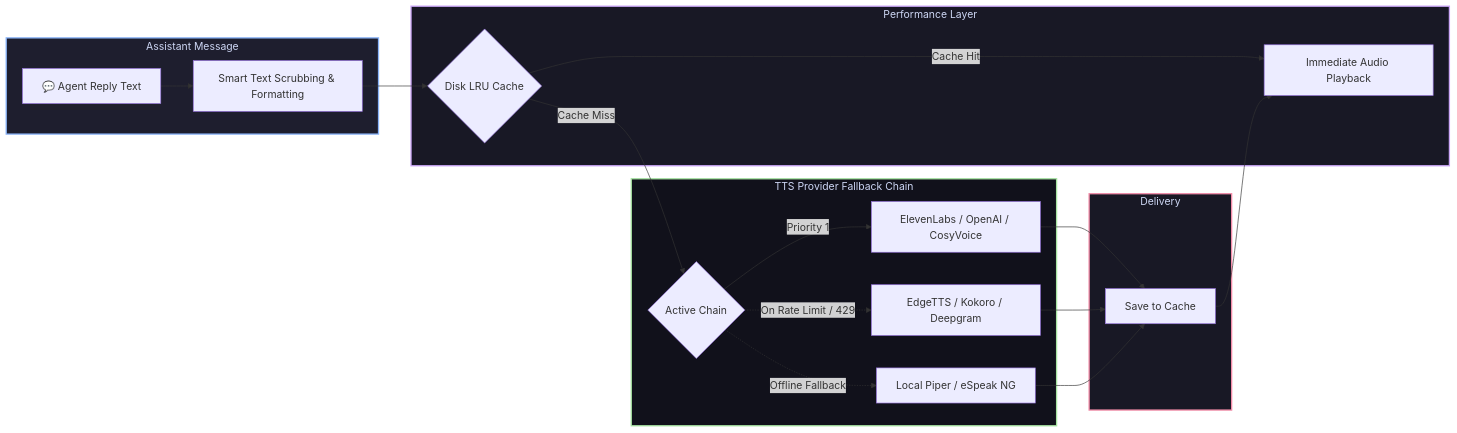
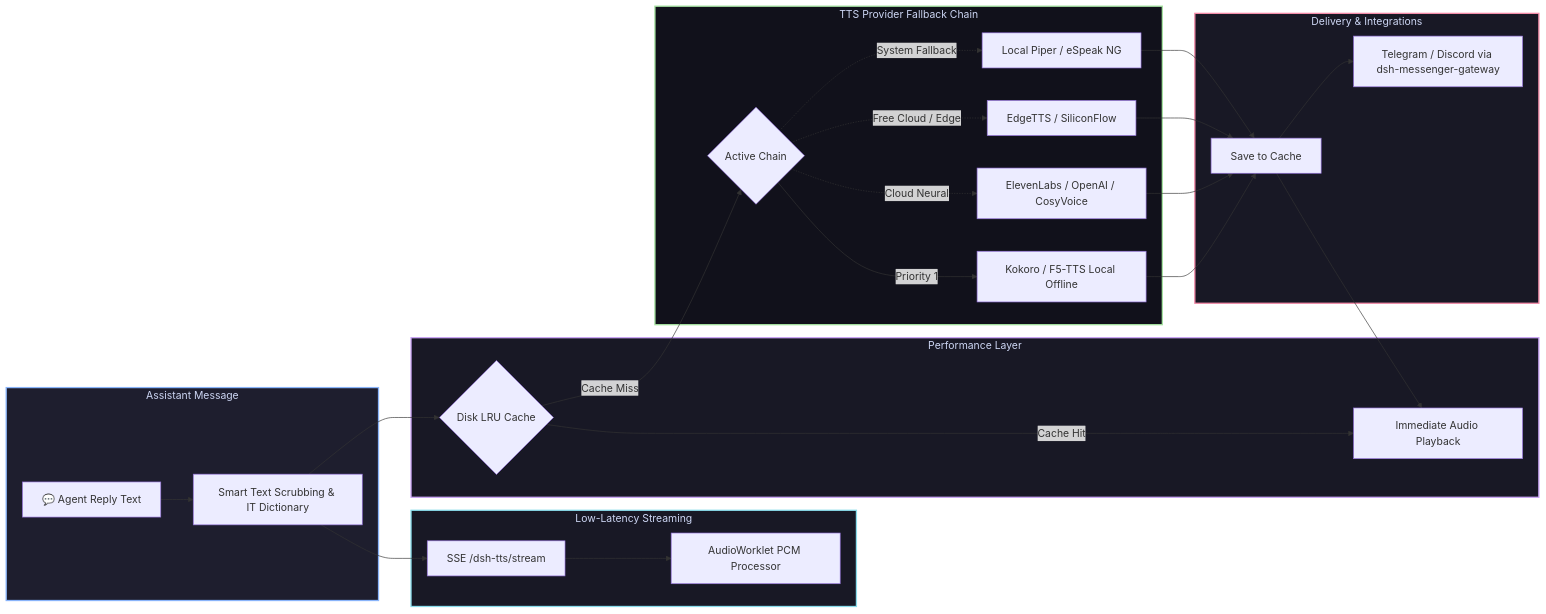
One commit to GooDAnDReaDY/dsh-tts changed the diagram in README.md. Above: the diagram before and after it, drawn with Mermaid. The commit also changed other lines of this file and 2 other files, not shown here.

Commit message:
docs: update all READMEs (EN/RU/ZH) for v0.3.20 release — local engines, streaming, IT dict, messenger integration

````diff
--- a/README.md
+++ b/README.md
@@ -34,30 +34,39 @@
 ```mermaid
 graph LR
     subgraph Input [Assistant Message]
-        Reply[💬 Agent Reply Text] --> Scrub[Smart Text Scrubbing & Formatting]
+        Reply[💬 Agent Reply Text] --> Scrub[Smart Text Scrubbing & IT Dictionary]
+    end
+
+    subgraph Stream [Low-Latency Streaming]
+        Scrub --> SSE[SSE /dsh-tts/stream]
+        SSE --> Worklet[AudioWorklet PCM Processor]
     end
 
     subgraph Cache [Performance Layer]
         Scrub --> LRU{Disk LRU Cache}
         LRU -->|Cache Hit| Play[Immediate Audio Playback]
     end
 
     subgraph Fallback [TTS Provider Fallback Chain]
         LRU -->|Cache Miss| Chain{Active Chain}
-        Chain -->|Priority 1| P1[ElevenLabs / OpenAI / CosyVoice]
-        Chain -.->|On Rate Limit / 429| P2[EdgeTTS / Kokoro / Deepgram]
-        Chain -.->|Offline Fallback| P3[Local Piper / eSpeak NG]
+        Chain -->|Priority 1| P1[Kokoro / F5-TTS Local Offline]
+        Chain -.->|Cloud Neural| P2[ElevenLabs / OpenAI / CosyVoice]
+        Chain -.->|Free Cloud / Edge| P3[EdgeTTS / SiliconFlow]
+        Chain -.->|System Fallback| P4[Local Piper / eSpeak NG]
     end
 
-    subgraph Output [Delivery]
+    subgraph Output [Delivery & Integrations]
         P1 --> Store[Save to Cache]
         P2 --> Store
         P3 --> Store
+        P4 --> Store
         Store --> Play
+        Store --> Msg[Telegram / Discord via dsh-messenger-gateway]
     end
 
     style Input fill:#1e1e2e,stroke:#89b4fa,stroke-width:2px,color:#cdd6f4
+    style Stream fill:#181825,stroke:#89dceb,stroke-width:2px,color:#cdd6f4
     style Cache fill:#181825,stroke:#cba6f7,stroke-width:2px,color:#cdd6f4
     style Fallback fill:#11111b,stroke:#a6e3a1,stroke-width:2px,color:#cdd6f4
     style Output fill:#181825,stroke:#f38ba8,stroke-width:2px,color:#cdd6f4
 ```
````
